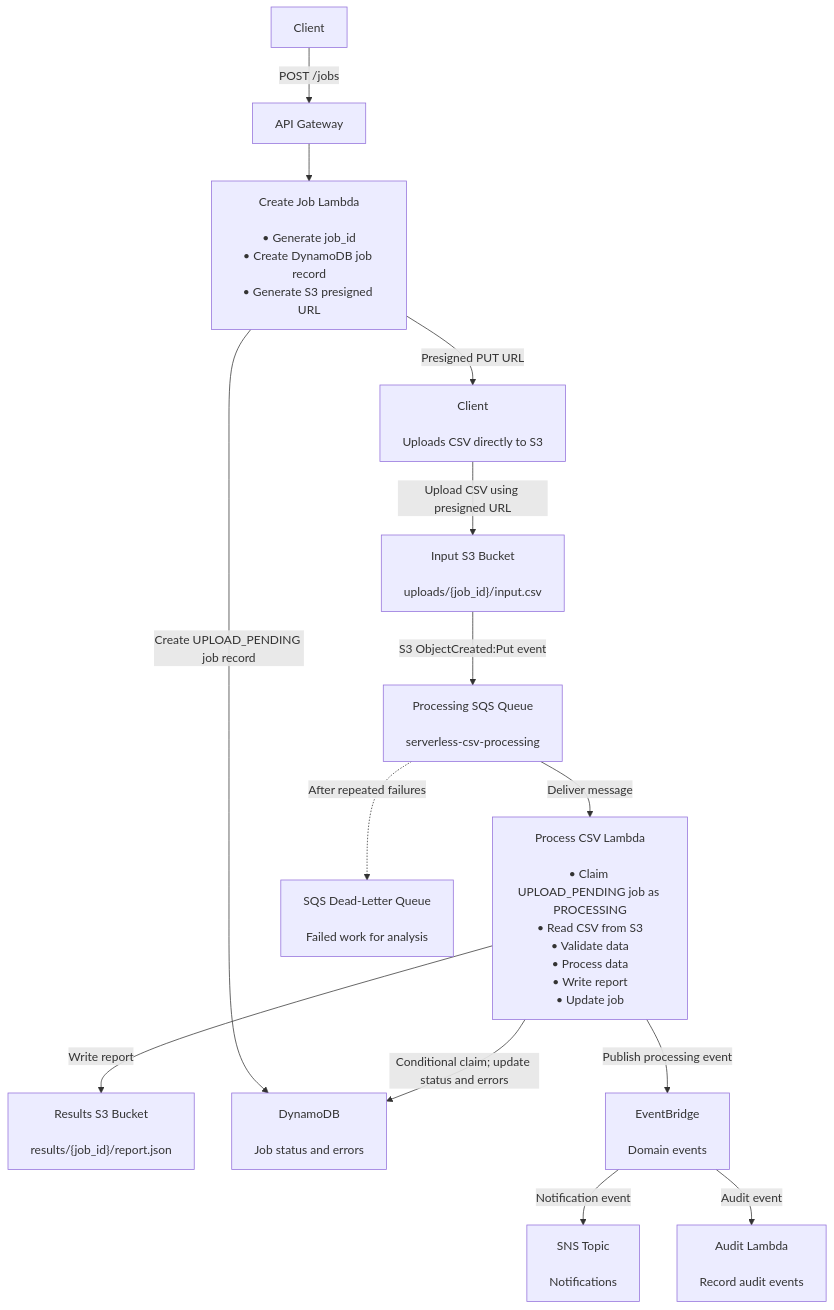
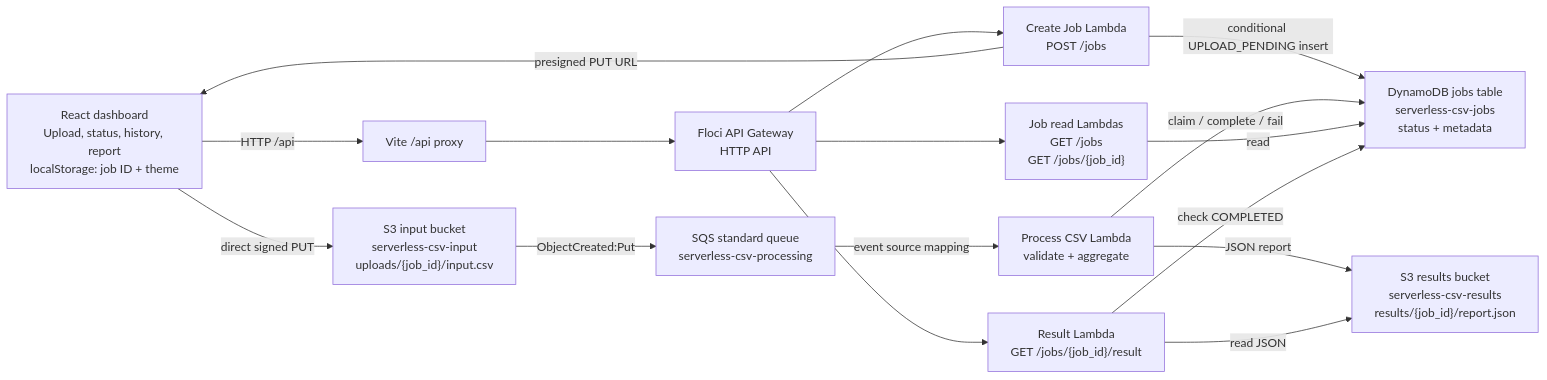
One commit to shahwar-coder/AWS-Serverless-CSV-Processing-Platform changed the diagram in docs/architecture.mmd. Above: the diagram before and after it, drawn with Mermaid.

```diff
--- a/docs/architecture.mmd
+++ b/docs/architecture.mmd
@@ -1,36 +1,32 @@
-flowchart TD
-    ClientRequest["Client"]
-    APIGateway["API Gateway"]
-    CreateJobLambda["Create Job Lambda<br/><br/>• Generate job_id<br/>• Create DynamoDB job record<br/>• Generate S3 presigned URL"]
-    ClientUpload["Client<br/><br/>Uploads CSV directly to S3"]
-    InputBucket["Input S3 Bucket<br/><br/>uploads/{job_id}/input.csv"]
-    ProcessingQueue["Processing SQS Queue<br/><br/>serverless-csv-processing"]
-    ProcessLambda["Process CSV Lambda<br/><br/>• Claim UPLOAD_PENDING job as PROCESSING<br/>• Read CSV from S3<br/>• Validate data<br/>• Process data<br/>• Write report<br/>• Update job"]
-    DeadLetterQueue["SQS Dead-Letter Queue<br/><br/>Failed work for analysis"]
-    ResultsBucket["Results S3 Bucket<br/><br/>results/{job_id}/report.json"]
-    DynamoDB["DynamoDB<br/><br/>Job status and errors"]
-    EventBridge["EventBridge<br/><br/>Domain events"]
-    SNSTopic["SNS Topic<br/><br/>Notifications"]
-    AuditLambda["Audit Lambda<br/><br/>Record audit events"]
+flowchart LR
+    Browser["React dashboard<br/>Upload, status, history, report<br/>localStorage: job ID + theme"]
+    Proxy["Vite /api proxy"]
+    Gateway["Floci API Gateway<br/>HTTP API"]
 
-    ClientRequest -->|"POST /jobs"| APIGateway
-    APIGateway --> CreateJobLambda
+    Create["Create Job Lambda<br/>POST /jobs"]
+    Jobs["Job read Lambdas<br/>GET /jobs<br/>GET /jobs/{job_id}"]
+    Result["Result Lambda<br/>GET /jobs/{job_id}/result"]
 
-    CreateJobLambda -->|"Presigned PUT URL"| ClientUpload
-    CreateJobLambda -->|"Create UPLOAD_PENDING job record"| DynamoDB
+    Input["S3 input bucket<br/>serverless-csv-input<br/>uploads/{job_id}/input.csv"]
+    Queue["SQS standard queue<br/>serverless-csv-processing"]
+    Worker["Process CSV Lambda<br/>validate + aggregate"]
+    Table["DynamoDB jobs table<br/>serverless-csv-jobs<br/>status + metadata"]
+    Reports["S3 results bucket<br/>serverless-csv-results<br/>results/{job_id}/report.json"]
 
-    ClientUpload -->|"Upload CSV using presigned URL"| InputBucket
-    InputBucket -->|"S3 ObjectCreated:Put event"| ProcessingQueue
+    Browser -->|HTTP /api| Proxy --> Gateway
+    Gateway --> Create
+    Gateway --> Jobs
+    Gateway --> Result
+    Create -->|conditional UPLOAD_PENDING insert| Table
+    Create -->|presigned PUT URL| Browser
+    Browser -->|direct signed PUT| Input
+    Input -->|ObjectCreated:Put| Queue -->|event source mapping| Worker
+    Worker -->|claim / complete / fail| Table
+    Worker -->|JSON report| Reports
+    Jobs -->|read| Table
+    Result -->|check COMPLETED| Table
+    Result -->|read JSON| Reports
 
-    ProcessingQueue -->|"Deliver message"| ProcessLambda
-    ProcessingQueue -.->|"After repeated failures"| DeadLetterQueue
-
-    ProcessLambda -->|"Write report"| ResultsBucket
-    ProcessLambda -->|"Conditional claim; update status and errors"| DynamoDB
-    ProcessLambda -->|"Publish processing event"| EventBridge
-
-    EventBridge -->|"Notification event"| SNSTopic
-    EventBridge -->|"Audit event"| AuditLambda
-
-    %% UPLOAD_PENDING remains until the worker acknowledges the upload by claiming the job.
-    %% S3-to-SQS delivery does not create a QUEUED job state.
+    %% UPLOAD_PENDING -> PROCESSING -> COMPLETED or FAILED.
+    %% Duplicate SQS deliveries are handled by conditional claims and an expiring lease.
+    %% DLQ, EventBridge, SNS, and audit processing are not implemented.
```
